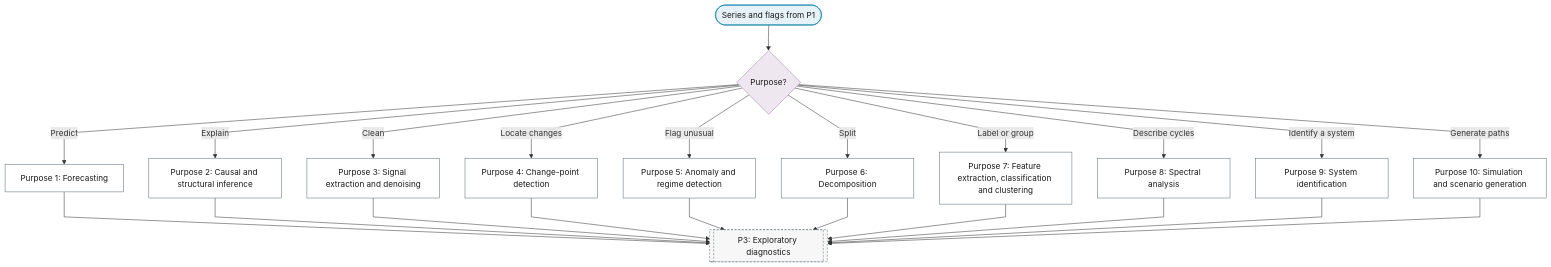
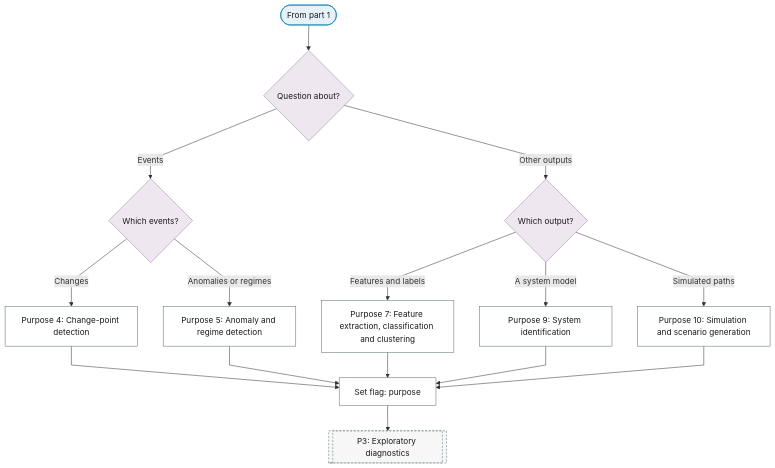
The second of 2 diagrams in docs/01-workflow/p02-purpose/index.md (Shuxin-Y/time-series-analysis-manual), drawn with Mermaid before and after one commit. The commit also changed other lines of this file and 9 other files, not shown here.

First line of the commit message:
fix(flowchart): decision logic is total and flags are a real contract

````diff
--- a/docs/01-workflow/p02-purpose/index.md
+++ b/docs/01-workflow/p02-purpose/index.md
@@ -9,29 +40,26 @@
 ```mermaid
 %%{init: {"flowchart": {"curve": "linear"}}}%%
 graph TD
-    P2_IN(["Series and flags from P1"]) --> P2_PURPOSE{"Purpose?"}
-    P2_PURPOSE -->|"Predict"| P2_FORECASTING["Purpose 1: Forecasting"]
-    P2_PURPOSE -->|"Explain"| P2_CAUSAL["Purpose 2: Causal and structural inference"]
-    P2_PURPOSE -->|"Clean"| P2_SIGNAL["Purpose 3: Signal extraction and denoising"]
-    P2_PURPOSE -->|"Locate changes"| P2_CHANGE_POINT["Purpose 4: Change-point detection"]
-    P2_PURPOSE -->|"Flag unusual"| P2_ANOMALY["Purpose 5: Anomaly and regime detection"]
-    P2_PURPOSE -->|"Split"| P2_DECOMPOSITION["Purpose 6: Decomposition"]
-    P2_PURPOSE -->|"Label or group"| P2_FEATURES["Purpose 7: Feature extraction, classification and clustering"]
-    P2_PURPOSE -->|"Describe cycles"| P2_SPECTRAL["Purpose 8: Spectral analysis"]
-    P2_PURPOSE -->|"Identify a system"| P2_SYSTEM_ID["Purpose 9: System identification"]
-    P2_PURPOSE -->|"Generate paths"| P2_SIMULATION["Purpose 10: Simulation and scenario generation"]
-    P2_FORECASTING & P2_CAUSAL & P2_SIGNAL & P2_CHANGE_POINT & P2_ANOMALY --> P3[["P3: Exploratory diagnostics"]]
-    P2_DECOMPOSITION & P2_FEATURES & P2_SPECTRAL & P2_SYSTEM_ID & P2_SIMULATION --> P3
-    class P2_IN terminator
-    class P2_PURPOSE decision
-    class P2_FORECASTING,P2_CAUSAL,P2_SIGNAL,P2_CHANGE_POINT,P2_ANOMALY,P2_DECOMPOSITION,P2_FEATURES,P2_SPECTRAL,P2_SYSTEM_ID,P2_SIMULATION process
+    P2_PART_2_IN(["From part 1"]) --> P2_QUESTION_2{"Question about?"}
+    P2_QUESTION_2 -->|"Events"| P2_EVENTS{"Which events?"}
+    P2_QUESTION_2 -->|"Other outputs"| P2_OUTPUTS{"Which output?"}
+    P2_EVENTS -->|"Changes"| P2_CHANGE_POINT["Purpose 4: Change-point detection"]
+    P2_EVENTS -->|"Anomalies or regimes"| P2_ANOMALY["Purpose 5: Anomaly and regime detection"]
+    P2_OUTPUTS -->|"Features and labels"| P2_FEATURES["Purpose 7: Feature extraction, classification and clustering"]
+    P2_OUTPUTS -->|"A system model"| P2_SYSTEM_ID["Purpose 9: System identification"]
+    P2_OUTPUTS -->|"Simulated paths"| P2_SIMULATION["Purpose 10: Simulation and scenario generation"]
+    P2_CHANGE_POINT & P2_ANOMALY & P2_FEATURES & P2_SYSTEM_ID & P2_SIMULATION --> P2_PART_2_PURPOSE_FLAG["Set flag: purpose"]
+    P2_PART_2_PURPOSE_FLAG --> P3[["P3: Exploratory diagnostics"]]
+    class P2_PART_2_IN terminator
+    class P2_QUESTION_2,P2_EVENTS,P2_OUTPUTS decision
+    class P2_CHANGE_POINT,P2_ANOMALY,P2_FEATURES,P2_SYSTEM_ID,P2_SIMULATION,P2_PART_2_PURPOSE_FLAG process
     class P3 ref
     classDef terminator fill:#E6F2F7,stroke:#007BA7,color:#1A1A1A;
     classDef process fill:#FFFFFF,stroke:#5A6B73,color:#1A1A1A;
     classDef decision fill:#EFE7F0,stroke:#9B7FA7,color:#1A1A1A;
     classDef data fill:#FFF4E0,stroke:#C9A55E,color:#1A1A1A;
     classDef good fill:#DCEFD8,stroke:#4A7A3F,color:#1A1A1A;
     classDef escalate fill:#FFE9C2,stroke:#C9A55E,color:#1A1A1A;
     classDef problem fill:#F2D9DE,stroke:#800020,color:#1A1A1A;
     classDef ref fill:#F7F7F7,stroke:#5A6B73,color:#1A1A1A,stroke-dasharray:4 3;
 ```
````
